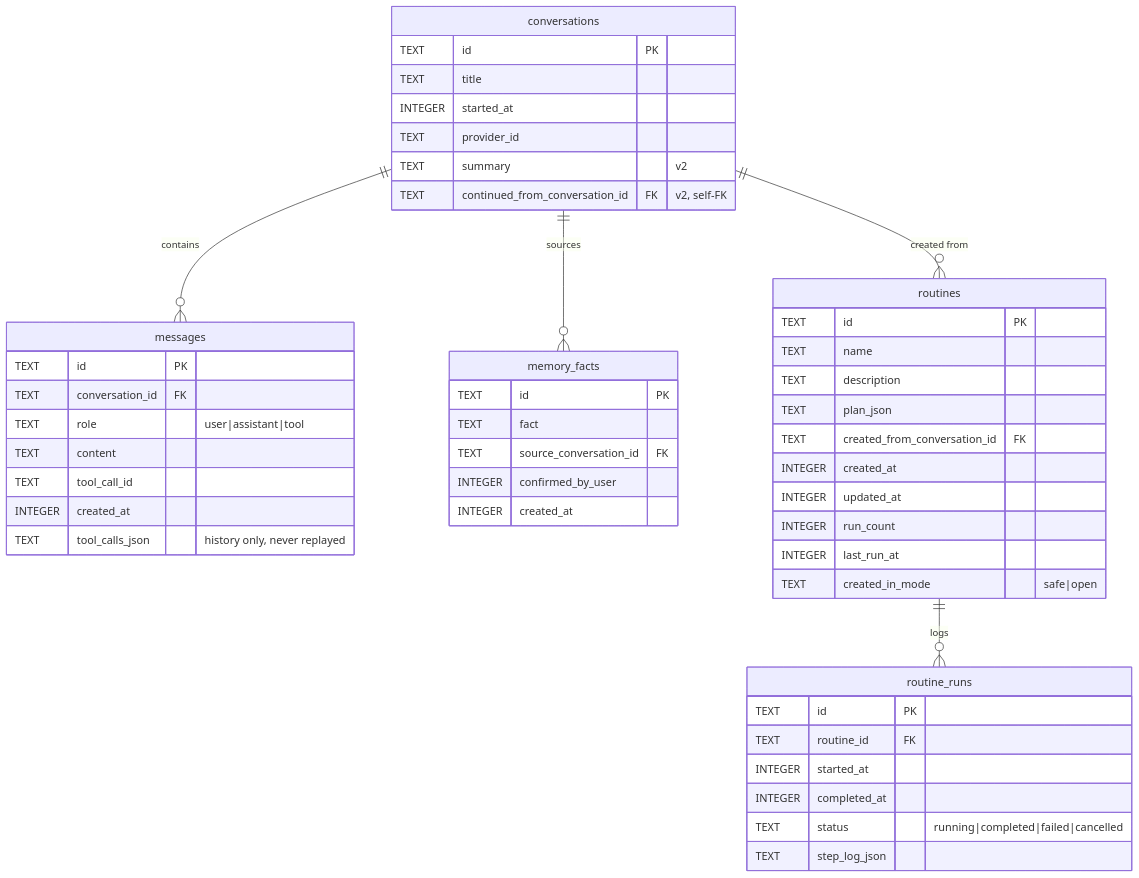
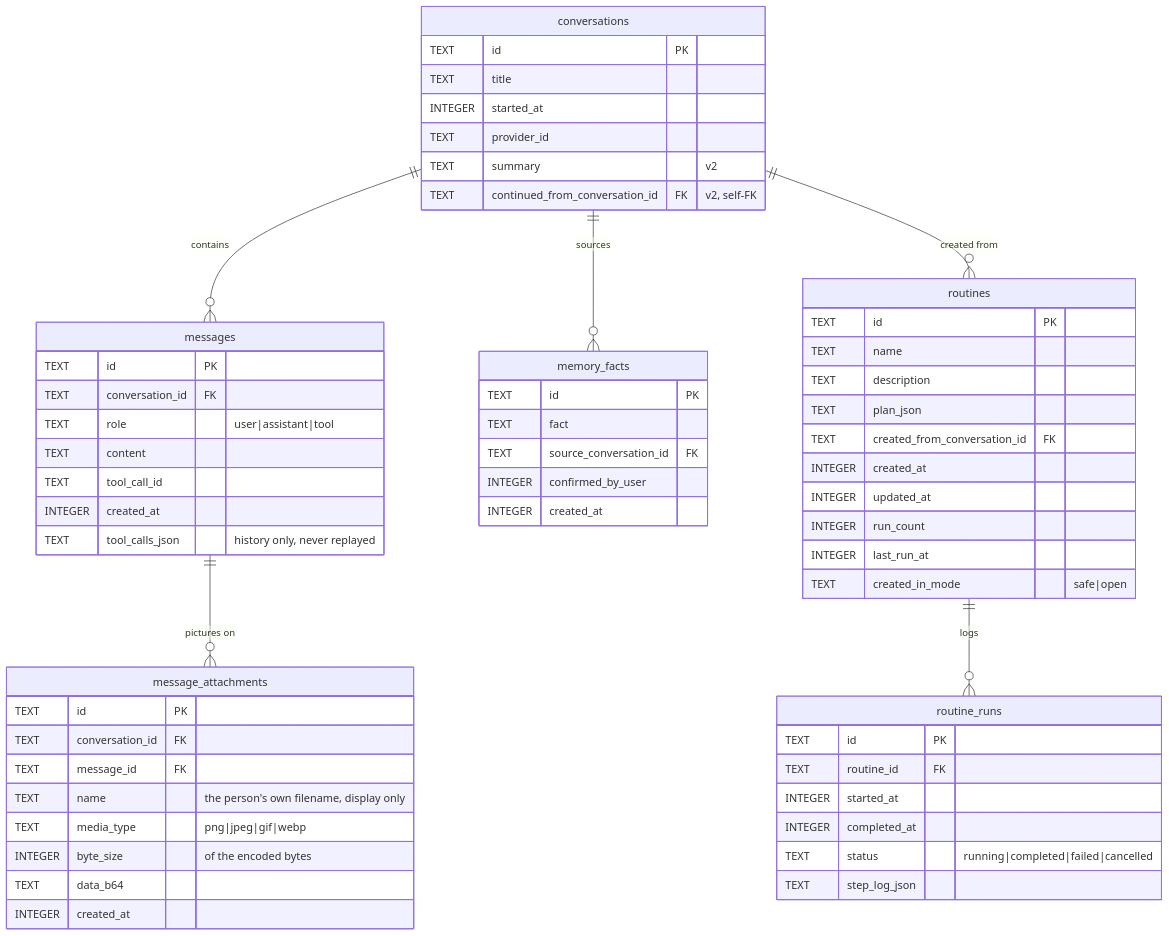
One commit to N041M/Addison changed the first of 3 diagrams in docs/data-model.md. Above: the diagram before and after it, drawn with Mermaid. The commit also changed other lines of this file and 14 other files, not shown here.

````diff
--- a/docs/data-model.md
+++ b/docs/data-model.md
@@ -31,52 +31,63 @@
 ```mermaid
 erDiagram
     conversations ||--o{ messages : contains
+    messages ||--o{ message_attachments : "pictures on"
     conversations ||--o{ memory_facts : sources
     conversations ||--o{ routines : "created from"
     routines ||--o{ routine_runs : logs
 
     conversations {
         TEXT id PK
         TEXT title
         INTEGER started_at
         TEXT provider_id
         TEXT summary "v2"
         TEXT continued_from_conversation_id FK "v2, self-FK"
     }
     messages {
         TEXT id PK
         TEXT conversation_id FK
         TEXT role "user|assistant|tool"
         TEXT content
         TEXT tool_call_id
         INTEGER created_at
         TEXT tool_calls_json "history only, never replayed"
+    }
+    message_attachments {
+        TEXT id PK
+        TEXT conversation_id FK
+        TEXT message_id FK
+        TEXT name "the person's own filename, display only"
+        TEXT media_type "png|jpeg|gif|webp"
+        INTEGER byte_size "of the encoded bytes"
+        TEXT data_b64
+        INTEGER created_at
     }
     memory_facts {
         TEXT id PK
         TEXT fact
         TEXT source_conversation_id FK
         INTEGER confirmed_by_user
         INTEGER created_at
     }
     routines {
         TEXT id PK
         TEXT name
         TEXT description
         TEXT plan_json
         TEXT created_from_conversation_id FK
         INTEGER created_at
         INTEGER updated_at
         INTEGER run_count
         INTEGER last_run_at
         TEXT created_in_mode "safe|open"
     }
     routine_runs {
         TEXT id PK
         TEXT routine_id FK
         INTEGER started_at
         INTEGER completed_at
         TEXT status "running|completed|failed|cancelled"
         TEXT step_log_json
     }
 ```
````
